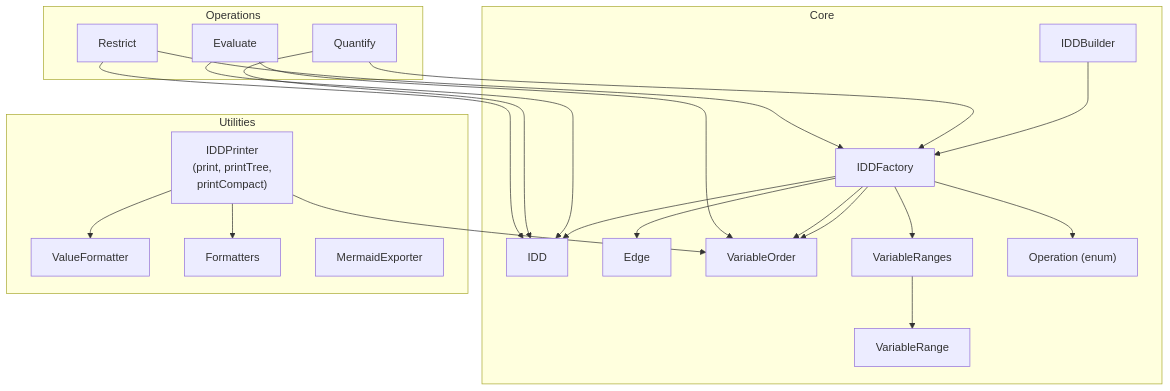
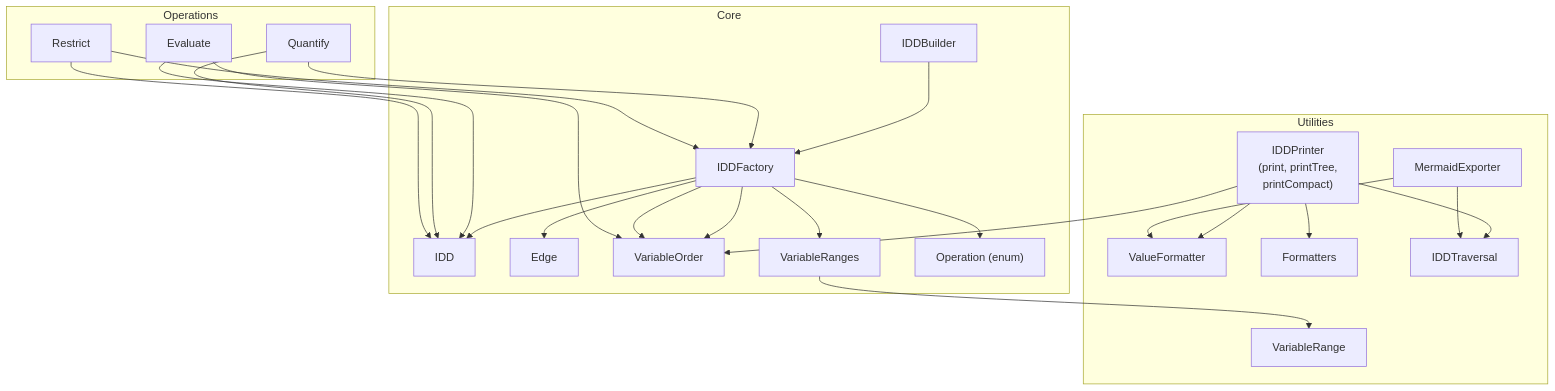
Before and after one commit to SnakeSolid/java-iddlite: the first of 2 diagrams in docs/architecture.md, drawn with Mermaid. The commit also changed other lines of this file and 5 other files, not shown here.

````diff
--- a/docs/architecture.md
+++ b/docs/architecture.md
@@ -23,47 +23,51 @@
 ```mermaid
 graph TD
     subgraph Core
         IDD["IDD"]
         Edge["Edge"]
         IDDFactory["IDDFactory"]
         IDDBuilder["IDDBuilder"]
         VariableOrder["VariableOrder"]
         VariableRanges["VariableRanges"]
-        VariableRange["VariableRange"]
         Operation["Operation (enum)"]
     end
 
     subgraph Operations
         Evaluate["Evaluate"]
         Quantify["Quantify"]
         Restrict["Restrict"]
     end
 
     subgraph Utilities
-        VariableRange["VariableRange"]
         ValueFormatter["ValueFormatter"]
         Formatters["Formatters"]
         MermaidExporter["MermaidExporter"]
         IDDPrinter["IDDPrinter\n(print, printTree,\nprintCompact)"]
+        VariableRange["VariableRange"]
+        IDDTraversal["IDDTraversal"]
     end
 
     IDDBuilder --> IDDFactory
     IDDFactory --> IDD
     IDDFactory --> Edge
     IDDFactory --> VariableOrder
     IDDFactory --> Operation
     IDDFactory --> VariableOrder
     IDDFactory --> VariableRanges
     VariableRanges --> VariableRange
 
     IDDPrinter --> ValueFormatter
     IDDPrinter --> Formatters
     IDDPrinter --> VariableOrder
+    IDDPrinter --> IDDTraversal
+
+    MermaidExporter --> IDDTraversal
+    MermaidExporter --> ValueFormatter
 
     Evaluate --> IDD
     Evaluate --> VariableOrder
     Quantify --> IDDFactory
     Quantify --> IDD
     Restrict --> IDDFactory
     Restrict --> IDD
 ```
````
